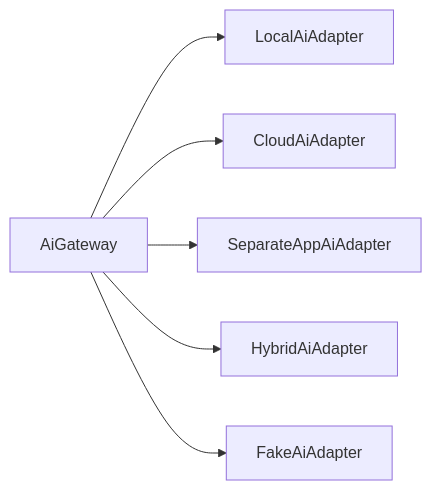
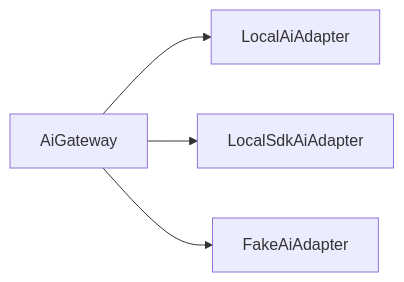
One commit to jaimejcs/CuidarAI changed the fifth of 26 diagrams in diagramas-mermaid.md. Above: the diagram before and after it, drawn with Mermaid. The commit also changed other lines of this file and 20 other files, not shown here.

````diff
--- a/diagramas-mermaid.md
+++ b/diagramas-mermaid.md
@@ -119,8 +121,6 @@
 ```mermaid
 flowchart LR
     G[AiGateway] --> L[LocalAiAdapter]
-    G --> C[CloudAiAdapter]
-    G --> S[SeparateAppAiAdapter]
-    G --> H[HybridAiAdapter]
+    G --> S[LocalSdkAiAdapter]
     G --> F[FakeAiAdapter]
 ```
````
